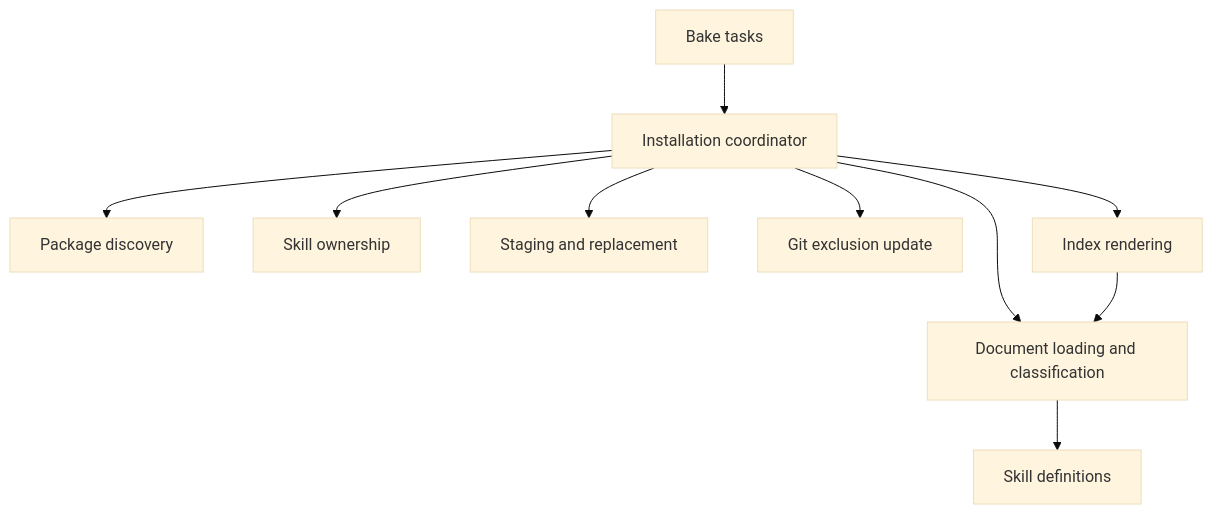
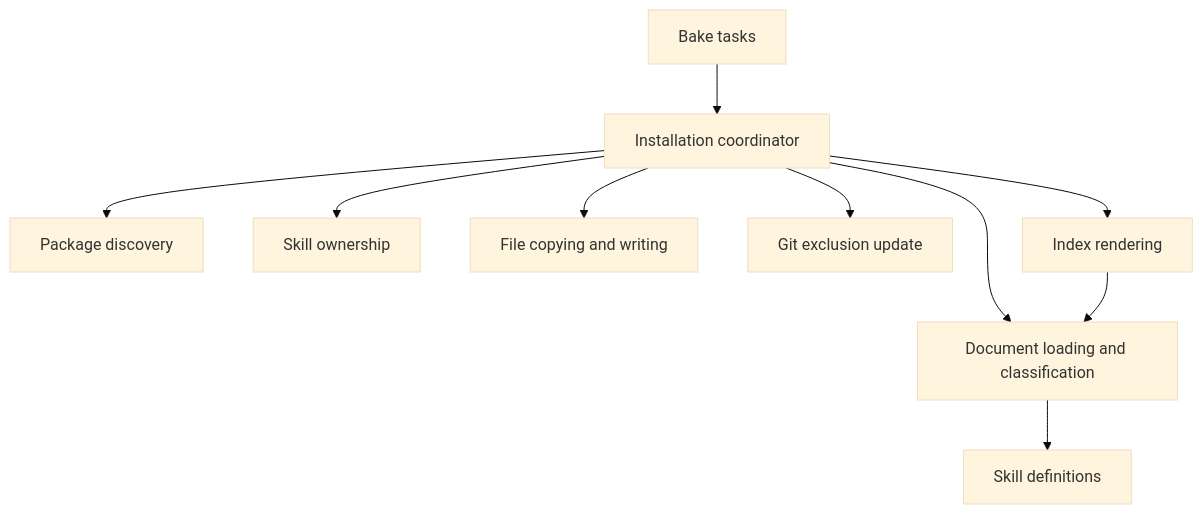
One commit to ioquatix/agent-context changed the diagram in design.md. Above: the diagram before and after it, drawn with Mermaid (base theme). The commit also changed other lines of this file and 5 other files, not shown here.

````diff
--- a/design.md
+++ b/design.md
@@ -49,12 +53,12 @@
 ```mermaid
 flowchart TD
     Tasks[Bake tasks] --> Installer[Installation coordinator]
     Installer --> Packages[Package discovery]
     Installer --> Documents[Document loading and classification]
     Documents --> Skills[Skill definitions]
     Installer --> Ownership[Skill ownership]
-    Installer --> Replacement[Staging and replacement]
+    Installer --> Files[File copying and writing]
     Installer --> Exclusions[Git exclusion update]
     Installer --> Index[Index rendering]
     Index --> Documents
 ```
````
